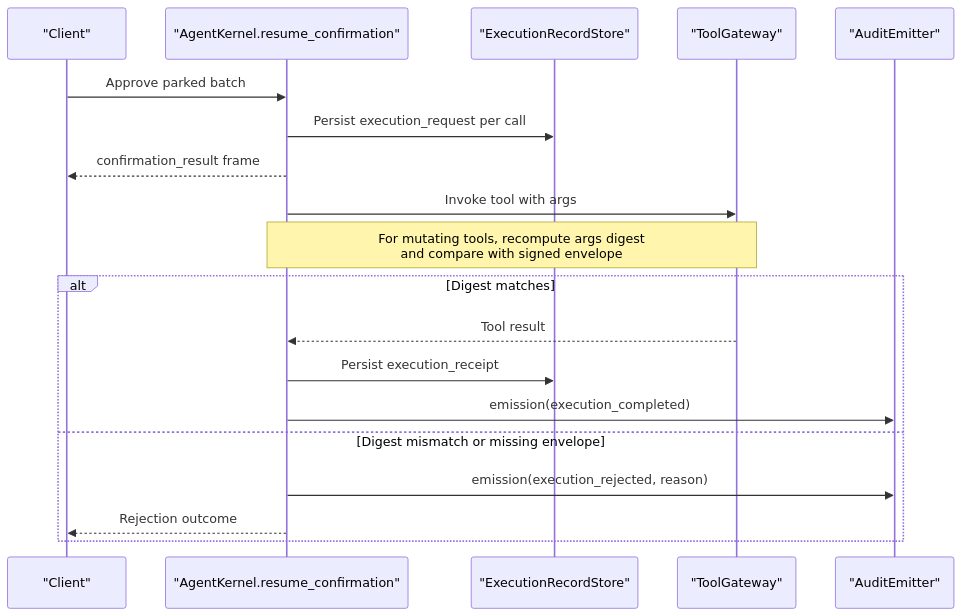
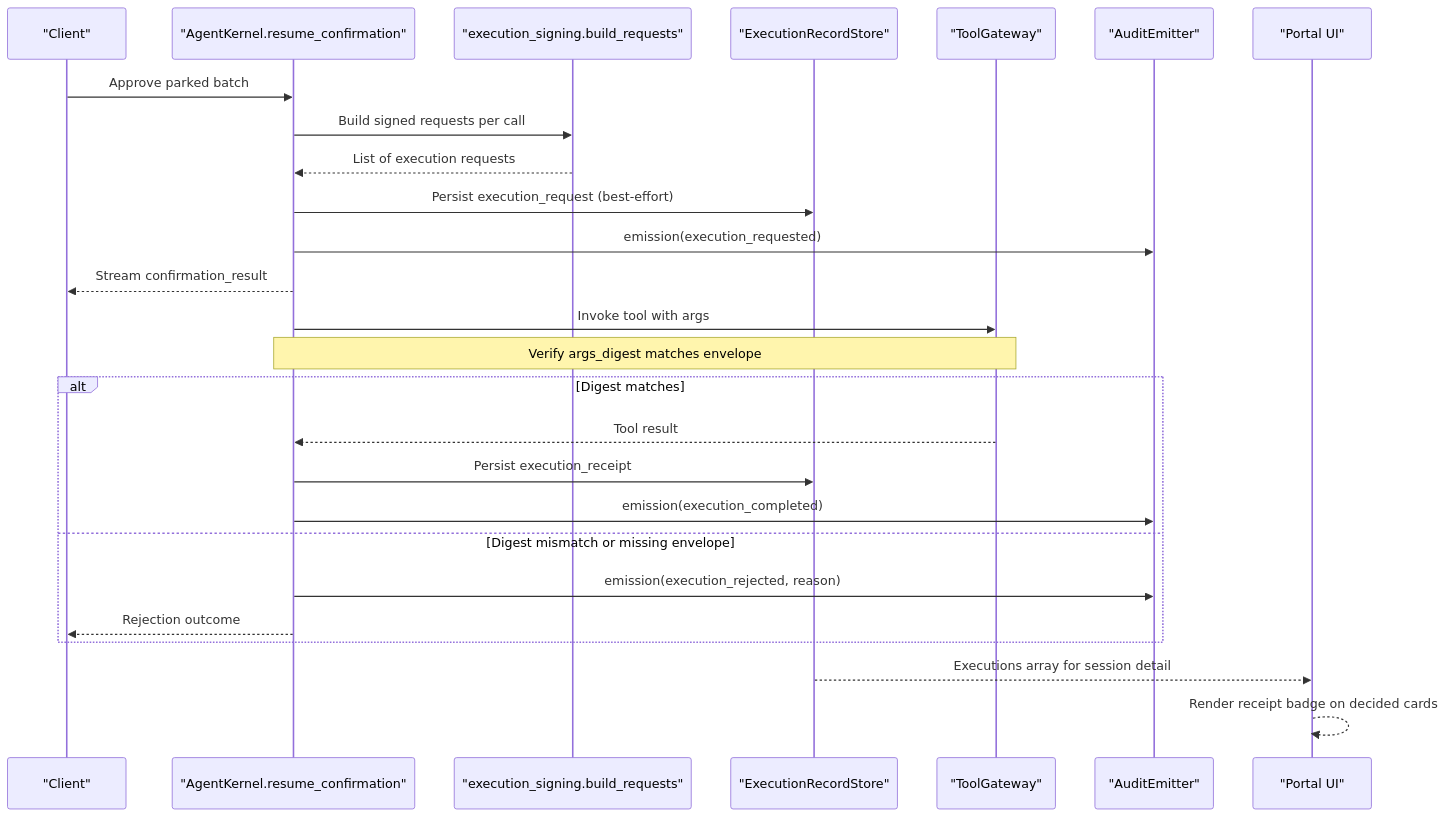
The second of 8 diagrams in .qoder/repowiki/en/content/Architecture Documentation/SPEC-037_ Signed Execution Requests and Receipts.md (metasync/luban-aiops), drawn with Mermaid before and after one commit. The commit also changed other lines of this file and 27 other files, not shown here.

````diff
--- a/.qoder/repowiki/en/content/Architecture Documentation/SPEC-037_ Signed Execution Requests and Receipts.md
+++ b/.qoder/repowiki/en/content/Architecture Documentation/SPEC-037_ Signed Execution Requests and Receipts.md
@@ -102,21 +130,28 @@
 ```mermaid
 sequenceDiagram
 participant Client as "Client"
 participant Kernel as "AgentKernel.resume_confirmation"
+participant Signing as "execution_signing.build_requests"
 participant Store as "ExecutionRecordStore"
 participant Gateway as "ToolGateway"
 participant Audit as "AuditEmitter"
+participant Portal as "Portal UI"
 Client->>Kernel : Approve parked batch
-Kernel->>Store : Persist execution_request per call
-Kernel-->>Client : confirmation_result frame
+Kernel->>Signing : Build signed requests per call
+Signing-->>Kernel : List of execution requests
+Kernel->>Store : Persist execution_request (best-effort)
+Kernel->>Audit : emission(execution_requested)
+Kernel-->>Client : Stream confirmation_result
 Kernel->>Gateway : Invoke tool with args
-Note over Kernel,Gateway : For mutating tools, recompute args digest<br/>and compare with signed envelope
+Note over Kernel,Gateway : Verify args_digest matches envelope
 alt Digest matches
 Gateway-->>Kernel : Tool result
 Kernel->>Store : Persist execution_receipt
 Kernel->>Audit : emission(execution_completed)
 else Digest mismatch or missing envelope
 Kernel->>Audit : emission(execution_rejected, reason)
 Kernel-->>Client : Rejection outcome
 end
+Store-->>Portal : Executions array for session detail
+Portal-->>Portal : Render receipt badge on decided cards
 ```
````
